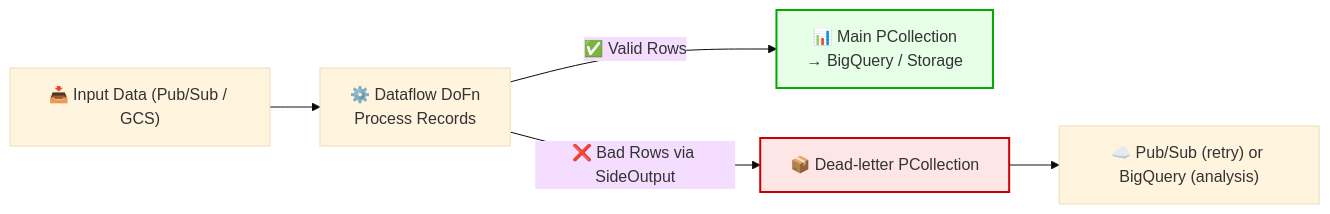
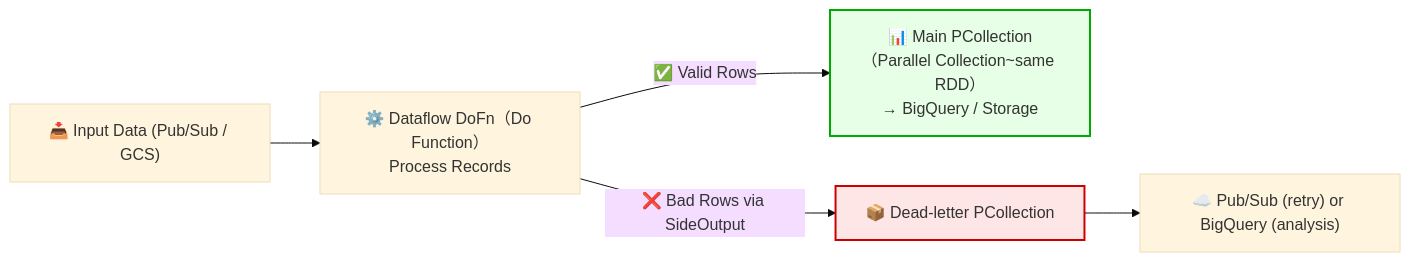
Diagram 15 of 35 in GCP-P-DE-Exam.md (blaire101/DE2-AWS-Azure-GCP-2025), drawn with Mermaid (base theme) before and after one commit.

Commit message:
add or modify article

````diff
--- a/GCP-P-DE-Exam.md
+++ b/GCP-P-DE-Exam.md
@@ -2424,13 +2424,13 @@
 ```mermaid
 flowchart LR
-    A["📥 Input Data (Pub/Sub / GCS)"] --> B["⚙️ Dataflow DoFn<br>Process Records"]
+    A["📥 Input Data (Pub/Sub / GCS)"] --> B["⚙️ Dataflow DoFn（Do Function）<br>Process Records"]
 
-    B -->|✅ Valid Rows| C["📊 Main PCollection<br>→ BigQuery / Storage"]
+    B -->|✅ Valid Rows| C["📊 Main PCollection（Parallel Collection~same RDD）<br>→ BigQuery / Storage"]
 
     B -->|❌ Bad Rows via SideOutput| D["📦 Dead-letter PCollection"]
 
     D --> E["☁️ Pub/Sub (retry) or BigQuery (analysis)"]
 
     style D fill:#ffe6e6,stroke:#cc0000,stroke-width:2px
     style C fill:#e6ffe6,stroke:#00aa00,stroke-width:2px
 ```
````
